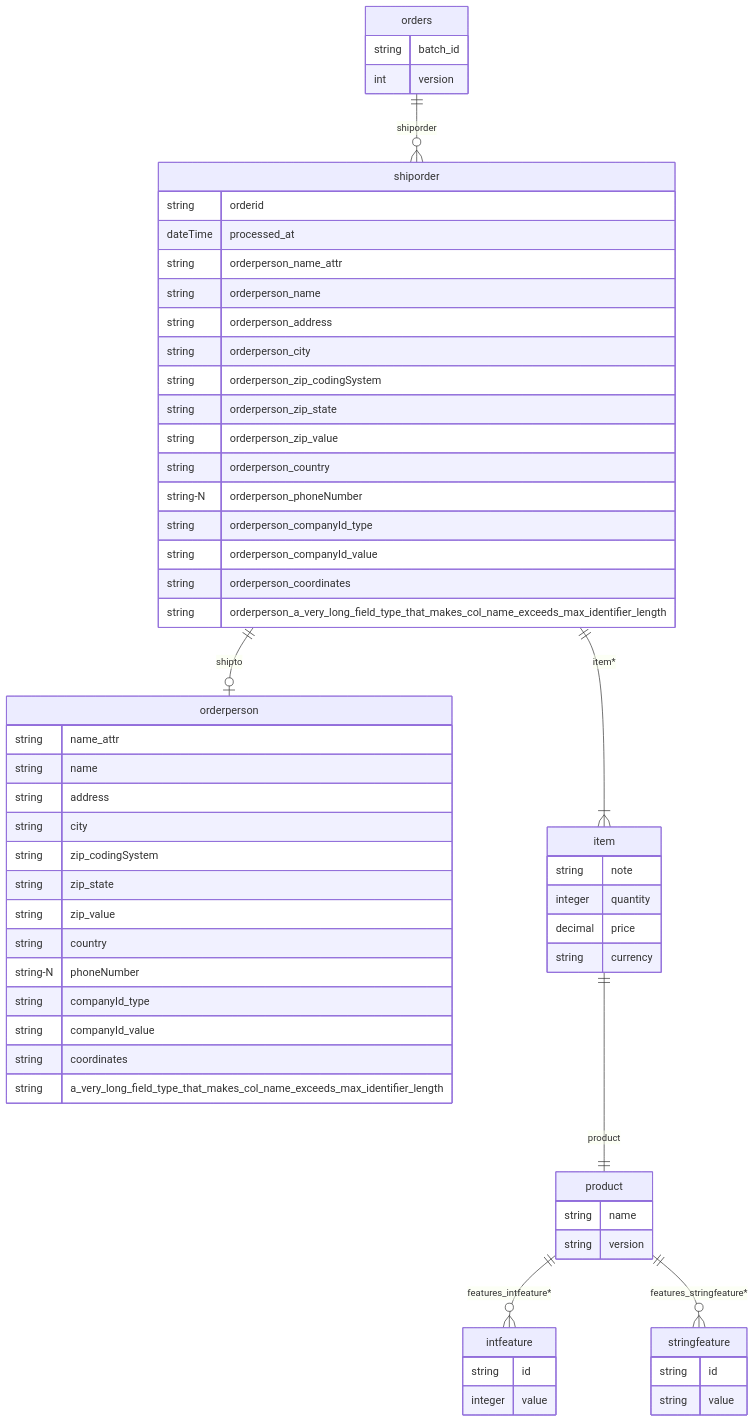
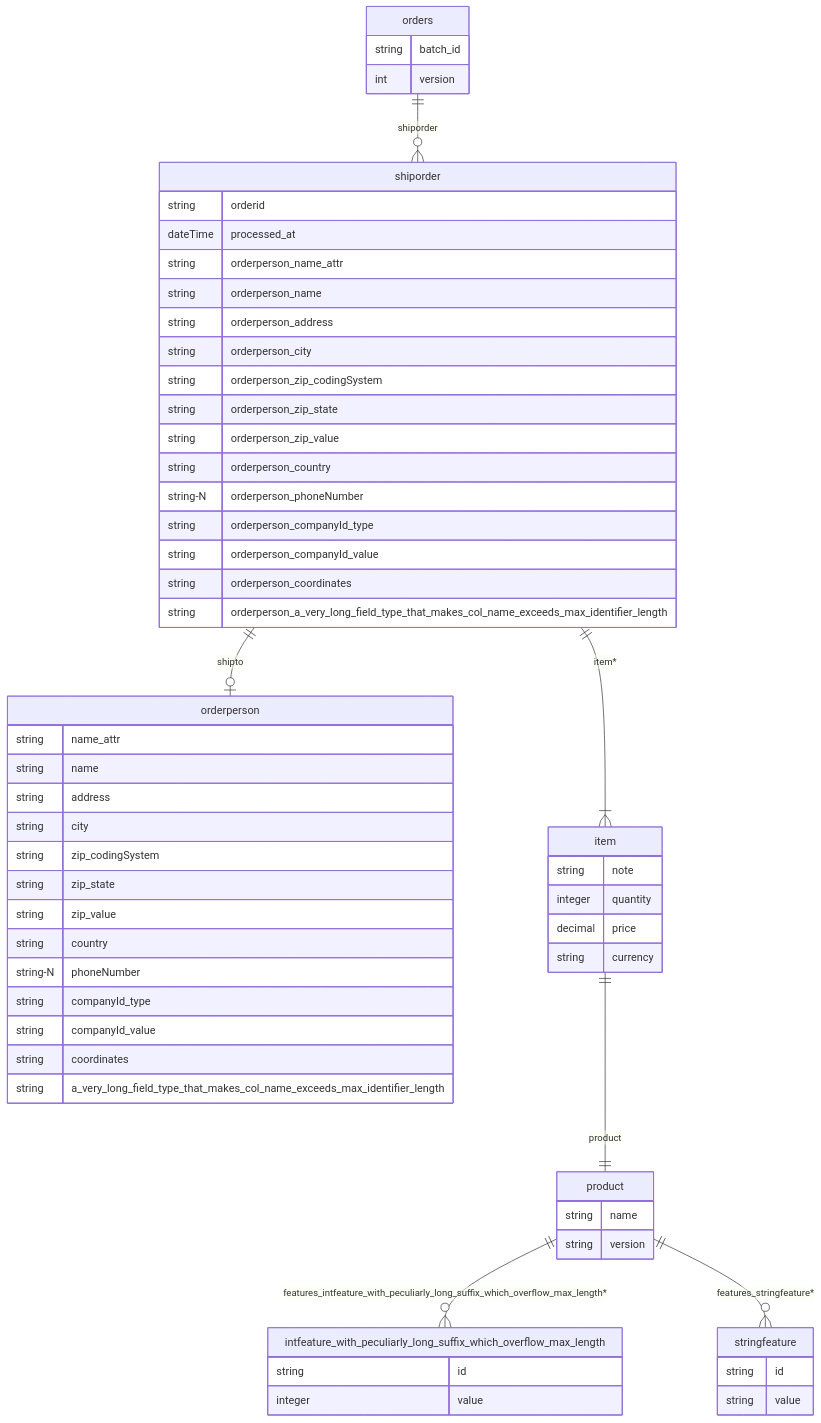
Before and after one commit to cre-dev/xml2db: the diagram in tests/sample_models/orders/orders_erd_version2.md, drawn with Mermaid. The commit also changed 29 other files, not shown here.

````diff
--- a/tests/sample_models/orders/orders_erd_version2.md
+++ b/tests/sample_models/orders/orders_erd_version2.md
@@ -1,63 +1,63 @@
 ```mermaid
 erDiagram
     shiporder ||--o| orderperson : "shipto"
     shiporder ||--|{ item : "item*"
     shiporder {
         string orderid
         dateTime processed_at
         string orderperson_name_attr
         string orderperson_name
         string orderperson_address
         string orderperson_city
         string orderperson_zip_codingSystem
         string orderperson_zip_state
         string orderperson_zip_value
         string orderperson_country
         string-N orderperson_phoneNumber
         string orderperson_companyId_type
         string orderperson_companyId_value
         string orderperson_coordinates
         string orderperson_a_very_long_field_type_that_makes_col_name_exceeds_max_identifier_length
     }
     item ||--|| product : "product"
     item {
         string note
         integer quantity
         decimal price
         string currency
     }
-    product ||--o{ intfeature : "features_intfeature*"
+    product ||--o{ intfeature_with_peculiarly_long_suffix_which_overflow_max_length : "features_intfeature_with_peculiarly_long_suffix_which_overflow_max_length*"
     product ||--o{ stringfeature : "features_stringfeature*"
     product {
         string name
         string version
     }
     stringfeature {
         string id
         string value
     }
-    intfeature {
+    intfeature_with_peculiarly_long_suffix_which_overflow_max_length {
         string id
         integer value
     }
     orderperson {
         string name_attr
         string name
         string address
         string city
         string zip_codingSystem
         string zip_state
         string zip_value
         string country
         string-N phoneNumber
         string companyId_type
         string companyId_value
         string coordinates
         string a_very_long_field_type_that_makes_col_name_exceeds_max_identifier_length
     }
     orders ||--o{ shiporder : "shiporder"
     orders {
         string batch_id
         int version
     }
 ```
````
